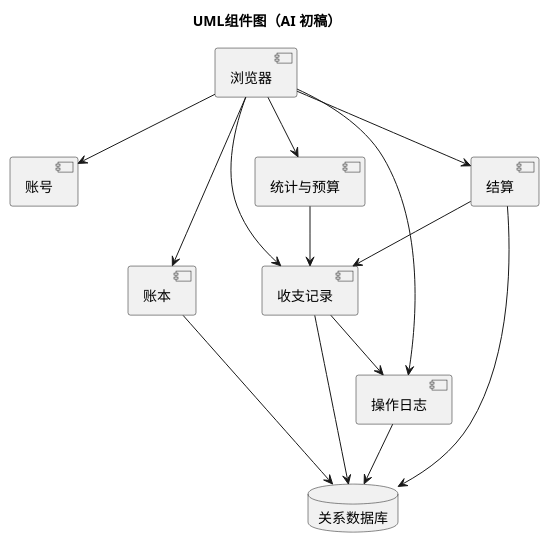
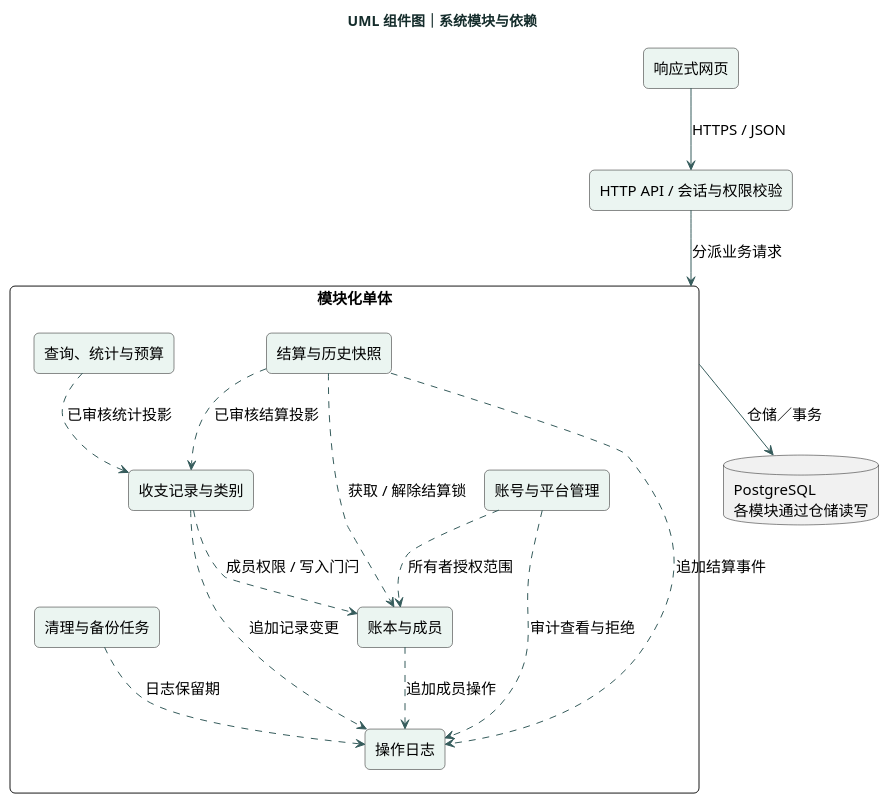
One commit to bukejiegg/2026-se-lab changed the diagram in 实验二/UML/UML组件图.puml. Above: the diagram before and after it, drawn with PlantUML. The commit also changed other lines of this file and 37 other files, not shown here.

```diff
--- a/实验二/UML/UML组件图.puml
+++ b/实验二/UML/UML组件图.puml
@@ -1,24 +1,38 @@
 @startuml
-title UML组件图（AI 初稿）
-component "浏览器" as UI
-component "账号" as A
-component "账本" as B
-component "收支记录" as R
-component "统计与预算" as P
-component "结算" as S
-component "操作日志" as L
-database "关系数据库" as DB
-UI --> A
-UI --> B
-UI --> R
-UI --> P
-UI --> S
-UI --> L
-P --> R
-S --> R
-R --> L
-L --> DB
-B --> DB
-R --> DB
-S --> DB
+skinparam defaultFontName Microsoft YaHei
+skinparam defaultFontSize 15
+skinparam backgroundColor #FFFFFF
+skinparam shadowing false
+skinparam ArrowColor #365C5C
+skinparam titleFontColor #142C2B
+skinparam packageStyle rectangle
+skinparam roundcorner 10
+title UML 组件图｜系统模块与依赖
+skinparam componentStyle rectangle
+skinparam componentBackgroundColor #EBF5F1
+component "响应式网页" as UI
+component "HTTP API / 会话与权限校验" as API
+package "模块化单体" as APP {
+  component "账号与平台管理" as A
+  component "账本与成员" as B
+  component "收支记录与类别" as R
+  component "查询、统计与预算" as P
+  component "结算与历史快照" as S
+  component "操作日志" as L
+  component "清理与备份任务" as J
+}
+database "PostgreSQL\n各模块通过仓储读写" as DB
+UI --> API : HTTPS / JSON
+API --> APP : 分派业务请求
+A ..> B : 所有者授权范围
+R ..> B : 成员权限 / 写入门闩
+S ..> B : 获取 / 解除结算锁
+P ..> R : 已审核统计投影
+S ..> R : 已审核结算投影
+A ..> L : 审计查看与拒绝
+B ..> L : 追加成员操作
+R ..> L : 追加记录变更
+S ..> L : 追加结算事件
+APP --> DB : 仓储／事务
+J ..> L : 日志保留期
 @enduml
```
